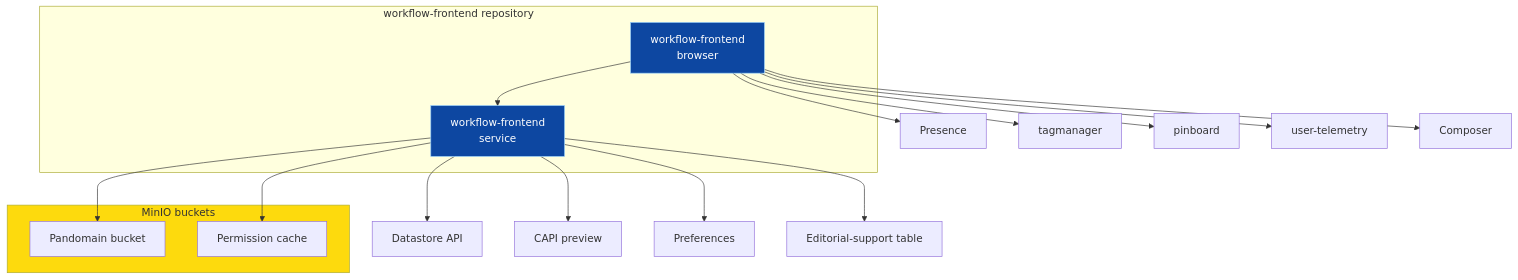
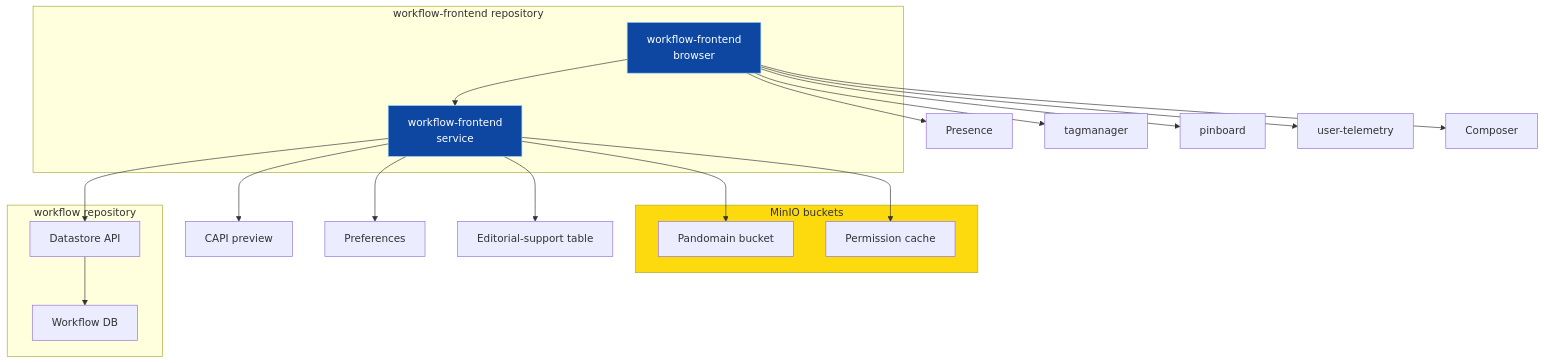
One commit to guardian/workflow-frontend changed the diagram in docs/containerised-bdd-test.md. Above: the diagram before and after it, drawn with Mermaid.

````diff
--- a/docs/containerised-bdd-test.md
+++ b/docs/containerised-bdd-test.md
@@ -5,44 +5,50 @@
 ```mermaid
 graph TB
 
     subgraph repo["workflow-frontend repository"]
       Frontend["workflow-frontend<br/>browser"]
       Workflow["workflow-frontend<br/>service"]
     end
   
 
     Presences["Presence"]
     Tag-manager["tagmanager"]
     Pinboard["pinboard"]
     Telemetry["user-telemetry"]
     Composer["Composer"]
 
     subgraph buckets["MinIO buckets"]
       S3-panda["Pandomain bucket"]
       S3-permission["Permission cache"]
     end
-    Datastore["Datastore API"]
+
+    subgraph repo2["workflow repository"]
+      Datastore["Datastore API"]
+      WorkflowDb["Workflow DB"]
+    end
     Capi["CAPI preview"]
     Preferences["Preferences"]
     Table-editorial-support["Editorial-support table"]
 
     Frontend --> Workflow
     Frontend --> Presences
     Frontend --> Tag-manager
     Frontend --> Pinboard
     Frontend --> Telemetry
     Frontend --> Composer
 
     Workflow --> S3-panda
     Workflow --> S3-permission
     Workflow --> Datastore
     Workflow --> Capi
     Workflow --> Preferences
     Workflow --> Table-editorial-support
 
+    Datastore --> WorkflowDb
+
     classDef app fill:#0d47a1,stroke:#90caf9,color:#fff;
     classDef mocked fill:#FDDA0D;
     
     class Frontend,Workflow app;
     class buckets,mock-api mocked;
 ```
````
